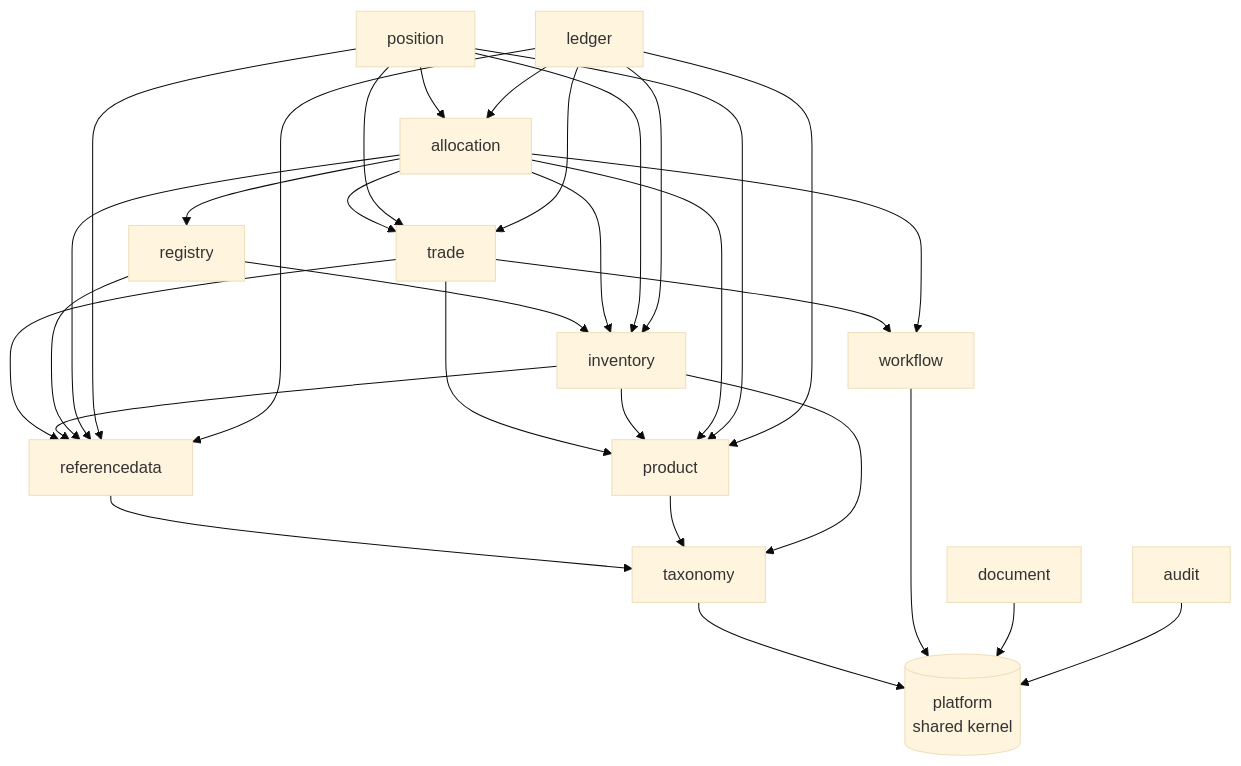
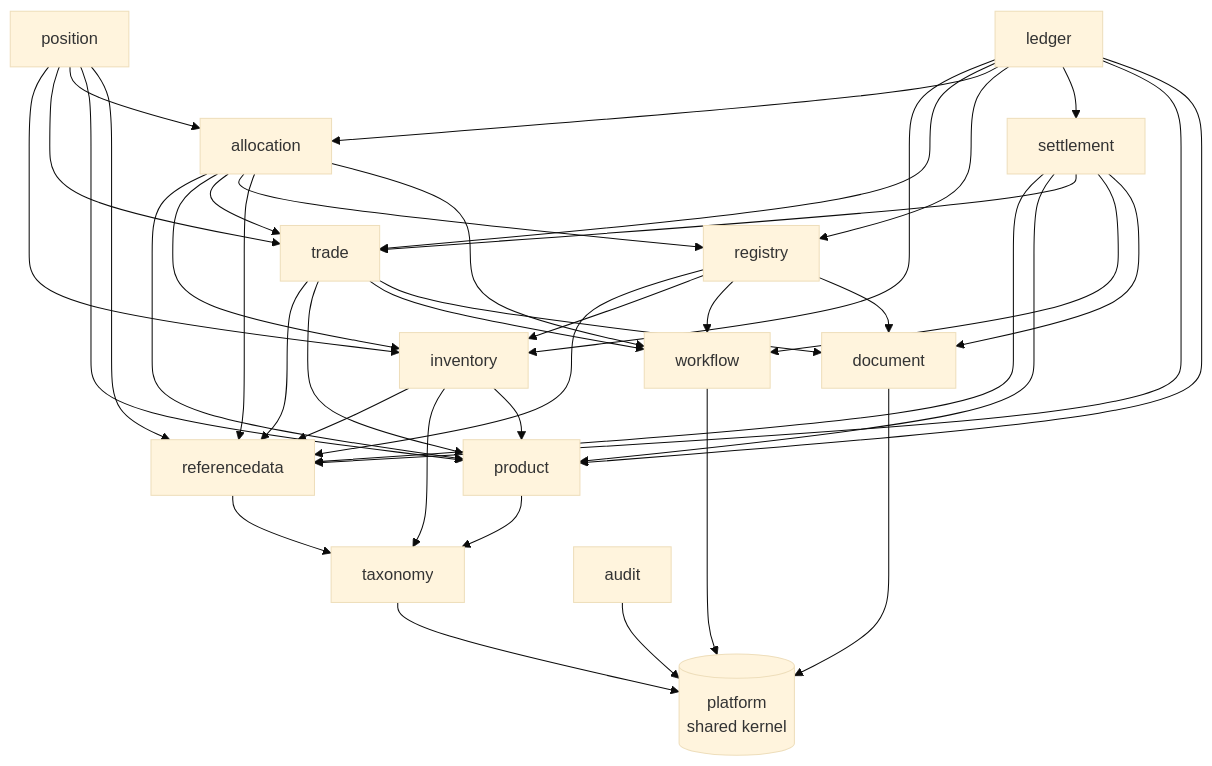
Before and after one commit to Pianonurmi/goo-ets-etrm: the diagram in docs/arc42/05-building-block-view.md, drawn with Mermaid (base theme). The commit also changed other lines of this file and 9 other files, not shown here.

````diff
--- a/docs/arc42/05-building-block-view.md
+++ b/docs/arc42/05-building-block-view.md
@@ -5,16 +5,17 @@
 ```mermaid
 flowchart TB
   platform[(platform<br/>shared kernel)]
   taxonomy --> platform
   referencedata --> taxonomy
   product --> taxonomy
-  trade --> referencedata & product & workflow
+  trade --> referencedata & product & workflow & document
   inventory --> referencedata & taxonomy & product
-  registry --> referencedata & inventory
+  registry --> referencedata & inventory & workflow & document
   allocation --> product & inventory & trade & registry & referencedata & workflow
   position --> inventory & trade & allocation & product & referencedata
-  ledger --> inventory & trade & allocation & referencedata & product
+  settlement --> referencedata & product & trade & workflow & document
+  ledger --> inventory & trade & allocation & registry & settlement & referencedata & product
   workflow --> platform
   document --> platform
   audit --> platform
 ```
````
